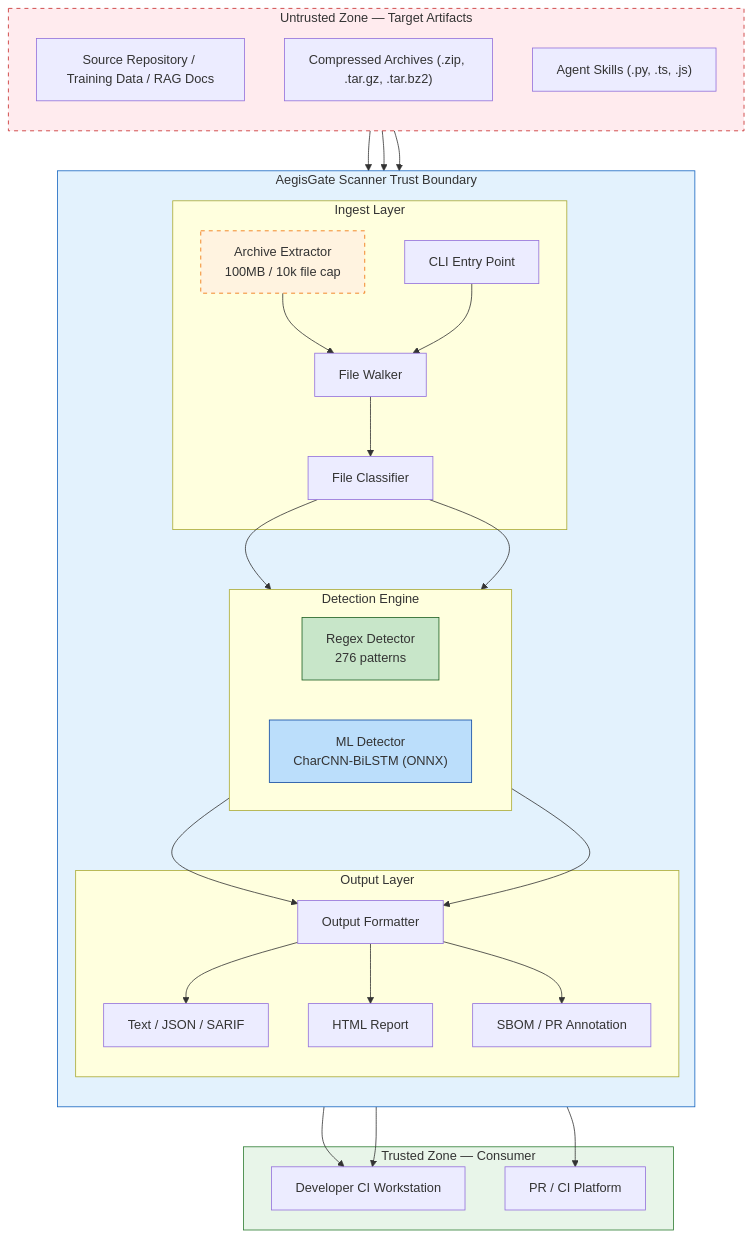
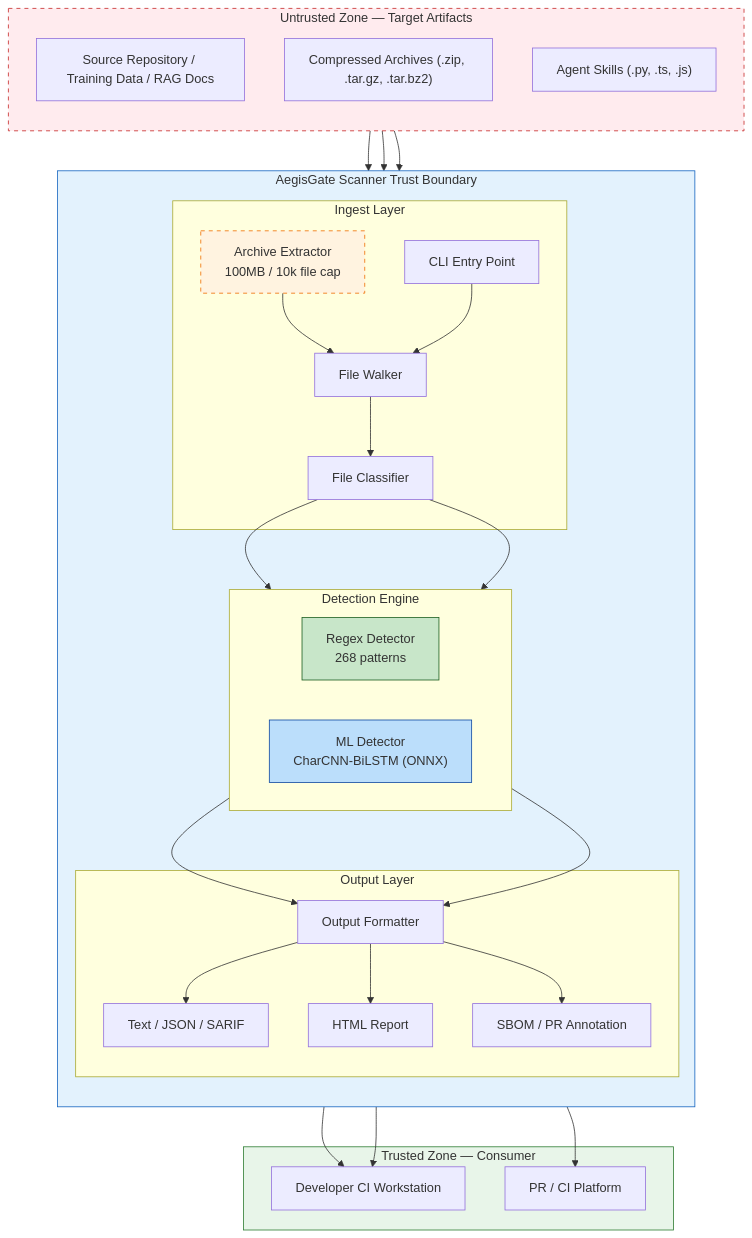
One commit to actions-marketplace-validations/aegisgatesecurity_aegisgate-scanner changed the diagram in docs/threat-model.md. Above: the diagram before and after it, drawn with Mermaid. The commit also changed other lines of this file and 13 other files, not shown here.

````diff
--- a/docs/threat-model.md
+++ b/docs/threat-model.md
@@ -58,63 +58,63 @@
 ```mermaid
 %%{init: {'theme': 'default'}}%%
 flowchart TB
     subgraph Untrusted["Untrusted Zone — Target Artifacts"]
         direction TB
         SourceRepo["Source Repository / Training Data / RAG Docs"]
         Archive["Compressed Archives (.zip, .tar.gz, .tar.bz2)"]
         AgentSkills["Agent Skills (.py, .ts, .js)"]
     end
 
     subgraph ScannerBoundary["AegisGate Scanner Trust Boundary"]
         direction TB
 
         subgraph Ingest["Ingest Layer"]
             CLI["CLI Entry Point"]
             Walker["File Walker"]
             ArchiveExt["Archive Extractor\n100MB / 10k file cap"]
             Classifier["File Classifier"]
         end
 
         subgraph Detection["Detection Engine"]
             direction LR
-            RegexDet["Regex Detector\n276 patterns"]
+            RegexDet["Regex Detector\n268 patterns"]
             MLDet["ML Detector\nCharCNN-BiLSTM (ONNX)"]
         end
 
         subgraph Output["Output Layer"]
             Formatter["Output Formatter"]
             TextOut["Text / JSON / SARIF"]
             HTMLOut["HTML Report"]
             SBOMOut["SBOM / PR Annotation"]
         end
     end
 
     subgraph Trusted["Trusted Zone — Consumer"]
         DevWorkstation["Developer CI Workstation"]
         PRPlatform["PR / CI Platform"]
     end
 
     SourceRepo --> Walker
     Archive --> ArchiveExt
     ArchiveExt --> Walker
     AgentSkills --> Walker
     CLI --> Walker
     Walker --> Classifier
     Classifier --> RegexDet
     Classifier --> MLDet
     RegexDet --> Formatter
     MLDet --> Formatter
     Formatter --> TextOut
     Formatter --> HTMLOut
     Formatter --> SBOMOut
     TextOut --> DevWorkstation
     HTMLOut --> DevWorkstation
     SBOMOut --> PRPlatform
 
     style Untrusted fill:#ffebee,stroke:#c62828,stroke-dasharray: 5 5
     style ScannerBoundary fill:#e3f2fd,stroke:#1565c0
     style Trusted fill:#e8f5e9,stroke:#2e7d32
     style ArchiveExt fill:#fff3e0,stroke:#ef6c00,stroke-dasharray: 5 5
     style MLDet fill:#bbdefb,stroke:#0d47a1
     style RegexDet fill:#c8e6c9,stroke:#1b5e20
 ```
````
